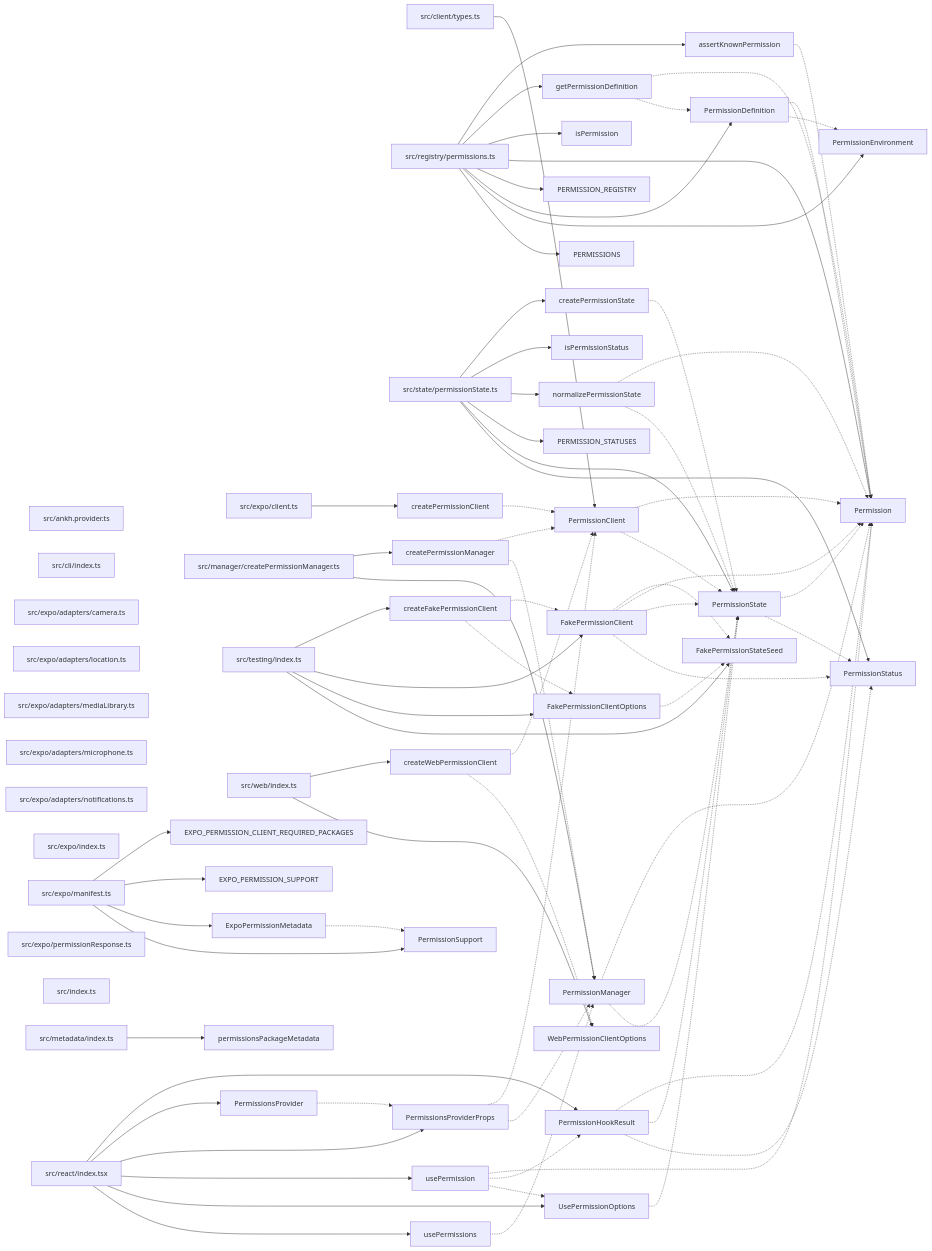
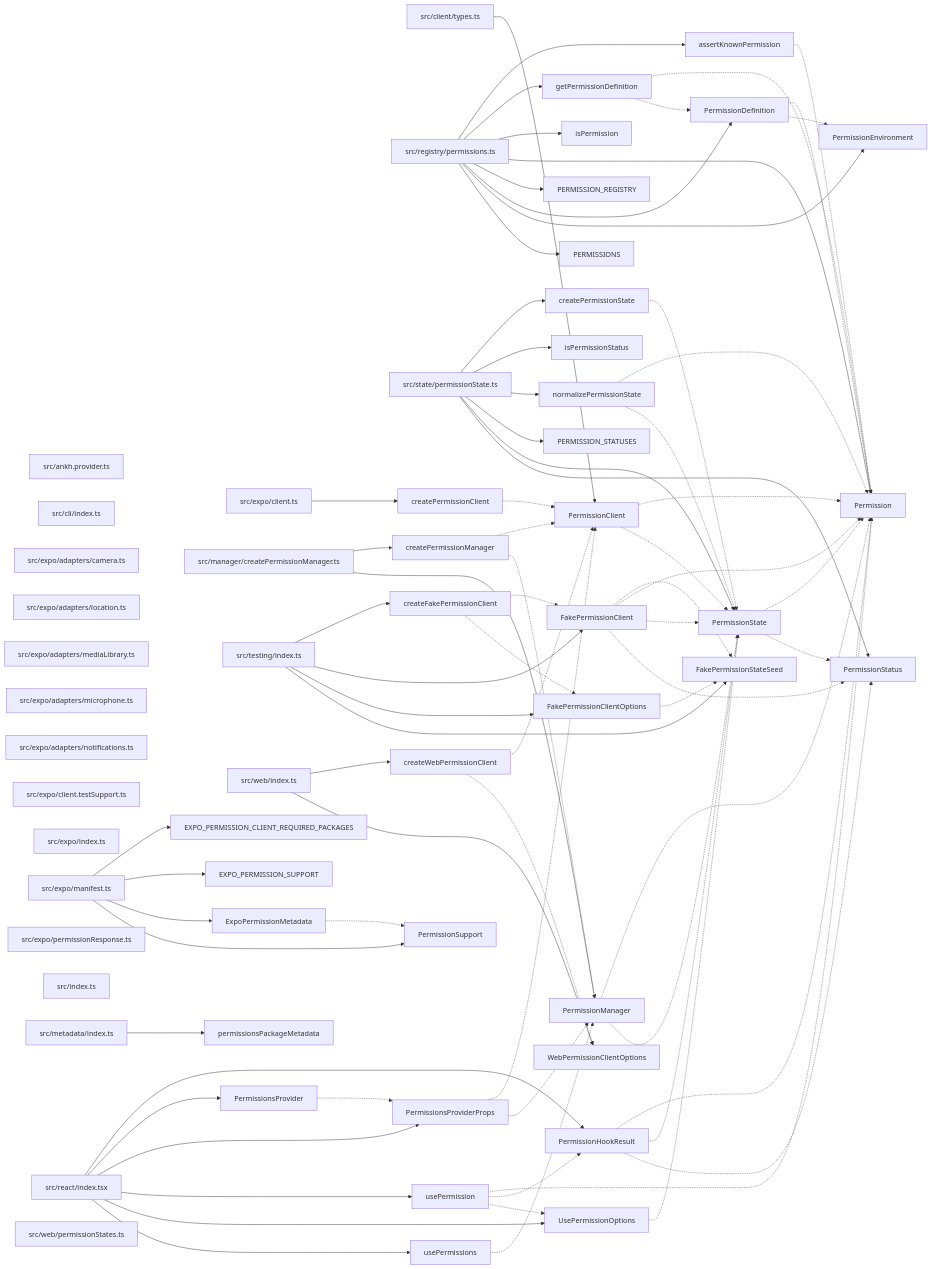
The diagram in paradox/diagrams/export-graph.mmd (ankhorage/permissions), drawn with Mermaid before and after one commit. The commit also changed 38 other files, not shown here.

```diff
--- a/paradox/diagrams/export-graph.mmd
+++ b/paradox/diagrams/export-graph.mmd
@@ -1,129 +1,131 @@
 graph LR
   module_src_ankh_provider_ts["src/ankh.provider.ts"]
   module_src_cli_index_ts["src/cli/index.ts"]
   module_src_client_types_ts["src/client/types.ts"]
   module_src_expo_adapters_camera_ts["src/expo/adapters/camera.ts"]
   module_src_expo_adapters_location_ts["src/expo/adapters/location.ts"]
   module_src_expo_adapters_mediaLibrary_ts["src/expo/adapters/mediaLibrary.ts"]
   module_src_expo_adapters_microphone_ts["src/expo/adapters/microphone.ts"]
   module_src_expo_adapters_notifications_ts["src/expo/adapters/notifications.ts"]
+  module_src_expo_client_testSupport_ts["src/expo/client.testSupport.ts"]
   module_src_expo_client_ts["src/expo/client.ts"]
   module_src_expo_index_ts["src/expo/index.ts"]
   module_src_expo_manifest_ts["src/expo/manifest.ts"]
   module_src_expo_permissionResponse_ts["src/expo/permissionResponse.ts"]
   module_src_index_ts["src/index.ts"]
   module_src_manager_createPermissionManager_ts["src/manager/createPermissionManager.ts"]
   module_src_metadata_index_ts["src/metadata/index.ts"]
   module_src_react_index_tsx["src/react/index.tsx"]
   module_src_registry_permissions_ts["src/registry/permissions.ts"]
   module_src_state_permissionState_ts["src/state/permissionState.ts"]
   module_src_testing_index_ts["src/testing/index.ts"]
   module_src_web_index_ts["src/web/index.ts"]
+  module_src_web_permissionStates_ts["src/web/permissionStates.ts"]
   export_assertKnownPermission["assertKnownPermission"]
   module_src_registry_permissions_ts --> export_assertKnownPermission
   export_assertKnownPermission -.-> export_Permission
   export_createFakePermissionClient["createFakePermissionClient"]
   module_src_testing_index_ts --> export_createFakePermissionClient
   export_createFakePermissionClient -.-> export_FakePermissionClient
   export_createFakePermissionClient -.-> export_FakePermissionClientOptions
   export_createPermissionClient["createPermissionClient"]
   module_src_expo_client_ts --> export_createPermissionClient
   export_createPermissionClient -.-> export_PermissionClient
   export_createPermissionManager["createPermissionManager"]
   module_src_manager_createPermissionManager_ts --> export_createPermissionManager
   export_createPermissionManager -.-> export_PermissionClient
   export_createPermissionManager -.-> export_PermissionManager
   export_createPermissionState["createPermissionState"]
   module_src_state_permissionState_ts --> export_createPermissionState
   export_createPermissionState -.-> export_PermissionState
   export_createWebPermissionClient["createWebPermissionClient"]
   module_src_web_index_ts --> export_createWebPermissionClient
   export_createWebPermissionClient -.-> export_PermissionClient
   export_createWebPermissionClient -.-> export_WebPermissionClientOptions
   export_EXPO_PERMISSION_CLIENT_REQUIRED_PACKAGES["EXPO_PERMISSION_CLIENT_REQUIRED_PACKAGES"]
   module_src_expo_manifest_ts --> export_EXPO_PERMISSION_CLIENT_REQUIRED_PACKAGES
   export_EXPO_PERMISSION_SUPPORT["EXPO_PERMISSION_SUPPORT"]
   module_src_expo_manifest_ts --> export_EXPO_PERMISSION_SUPPORT
   export_ExpoPermissionMetadata["ExpoPermissionMetadata"]
   module_src_expo_manifest_ts --> export_ExpoPermissionMetadata
   export_ExpoPermissionMetadata -.-> export_PermissionSupport
   export_FakePermissionClient["FakePermissionClient"]
   module_src_testing_index_ts --> export_FakePermissionClient
   export_FakePermissionClient -.-> export_FakePermissionStateSeed
   export_FakePermissionClient -.-> export_Permission
   export_FakePermissionClient -.-> export_PermissionState
   export_FakePermissionClient -.-> export_PermissionStatus
   export_FakePermissionClientOptions["FakePermissionClientOptions"]
   module_src_testing_index_ts --> export_FakePermissionClientOptions
   export_FakePermissionClientOptions -.-> export_FakePermissionStateSeed
   export_FakePermissionStateSeed["FakePermissionStateSeed"]
   module_src_testing_index_ts --> export_FakePermissionStateSeed
   export_getPermissionDefinition["getPermissionDefinition"]
   module_src_registry_permissions_ts --> export_getPermissionDefinition
   export_getPermissionDefinition -.-> export_Permission
   export_getPermissionDefinition -.-> export_PermissionDefinition
   export_isPermission["isPermission"]
   module_src_registry_permissions_ts --> export_isPermission
   export_isPermissionStatus["isPermissionStatus"]
   module_src_state_permissionState_ts --> export_isPermissionStatus
   export_normalizePermissionState["normalizePermissionState"]
   module_src_state_permissionState_ts --> export_normalizePermissionState
   export_normalizePermissionState -.-> export_Permission
   export_normalizePermissionState -.-> export_PermissionState
   export_Permission["Permission"]
   module_src_registry_permissions_ts --> export_Permission
   export_PERMISSION_REGISTRY["PERMISSION_REGISTRY"]
   module_src_registry_permissions_ts --> export_PERMISSION_REGISTRY
   export_PERMISSION_STATUSES["PERMISSION_STATUSES"]
   module_src_state_permissionState_ts --> export_PERMISSION_STATUSES
   export_PermissionClient["PermissionClient"]
   module_src_client_types_ts --> export_PermissionClient
   export_PermissionClient -.-> export_Permission
   export_PermissionClient -.-> export_PermissionState
   export_PermissionDefinition["PermissionDefinition"]
   module_src_registry_permissions_ts --> export_PermissionDefinition
   export_PermissionDefinition -.-> export_Permission
   export_PermissionDefinition -.-> export_PermissionEnvironment
   export_PermissionEnvironment["PermissionEnvironment"]
   module_src_registry_permissions_ts --> export_PermissionEnvironment
   export_PermissionHookResult["PermissionHookResult"]
   module_src_react_index_tsx --> export_PermissionHookResult
   export_PermissionHookResult -.-> export_Permission
   export_PermissionHookResult -.-> export_PermissionState
   export_PermissionHookResult -.-> export_PermissionStatus
   export_PermissionManager["PermissionManager"]
   module_src_manager_createPermissionManager_ts --> export_PermissionManager
   export_PermissionManager -.-> export_Permission
   export_PermissionManager -.-> export_PermissionState
   export_PERMISSIONS["PERMISSIONS"]
   module_src_registry_permissions_ts --> export_PERMISSIONS
   export_permissionsPackageMetadata["permissionsPackageMetadata"]
   module_src_metadata_index_ts --> export_permissionsPackageMetadata
   export_PermissionsProvider["PermissionsProvider"]
   module_src_react_index_tsx --> export_PermissionsProvider
   export_PermissionsProvider -.-> export_PermissionsProviderProps
   export_PermissionsProviderProps["PermissionsProviderProps"]
   module_src_react_index_tsx --> export_PermissionsProviderProps
   export_PermissionsProviderProps -.-> export_PermissionClient
   export_PermissionsProviderProps -.-> export_PermissionManager
   export_PermissionState["PermissionState"]
   module_src_state_permissionState_ts --> export_PermissionState
   export_PermissionState -.-> export_Permission
   export_PermissionState -.-> export_PermissionStatus
   export_PermissionStatus["PermissionStatus"]
   module_src_state_permissionState_ts --> export_PermissionStatus
   export_PermissionSupport["PermissionSupport"]
   module_src_expo_manifest_ts --> export_PermissionSupport
   export_usePermission["usePermission"]
   module_src_react_index_tsx --> export_usePermission
   export_usePermission -.-> export_Permission
   export_usePermission -.-> export_PermissionHookResult
   export_usePermission -.-> export_UsePermissionOptions
   export_UsePermissionOptions["UsePermissionOptions"]
   module_src_react_index_tsx --> export_UsePermissionOptions
   export_UsePermissionOptions -.-> export_PermissionState
   export_usePermissions["usePermissions"]
   module_src_react_index_tsx --> export_usePermissions
   export_usePermissions -.-> export_PermissionManager
   export_WebPermissionClientOptions["WebPermissionClientOptions"]
   module_src_web_index_ts --> export_WebPermissionClientOptions
```
